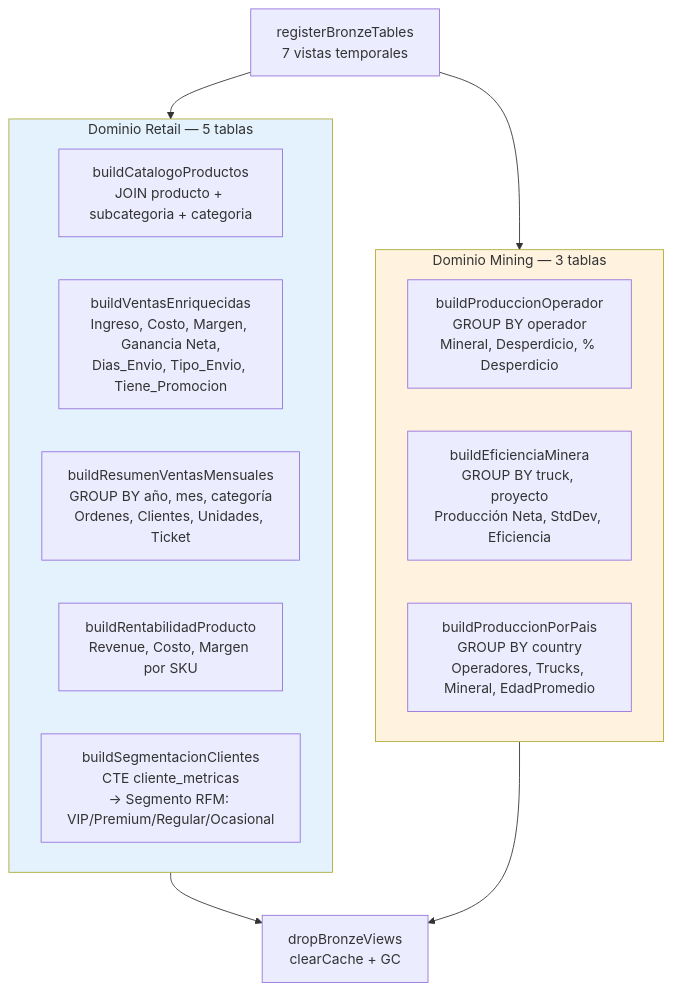
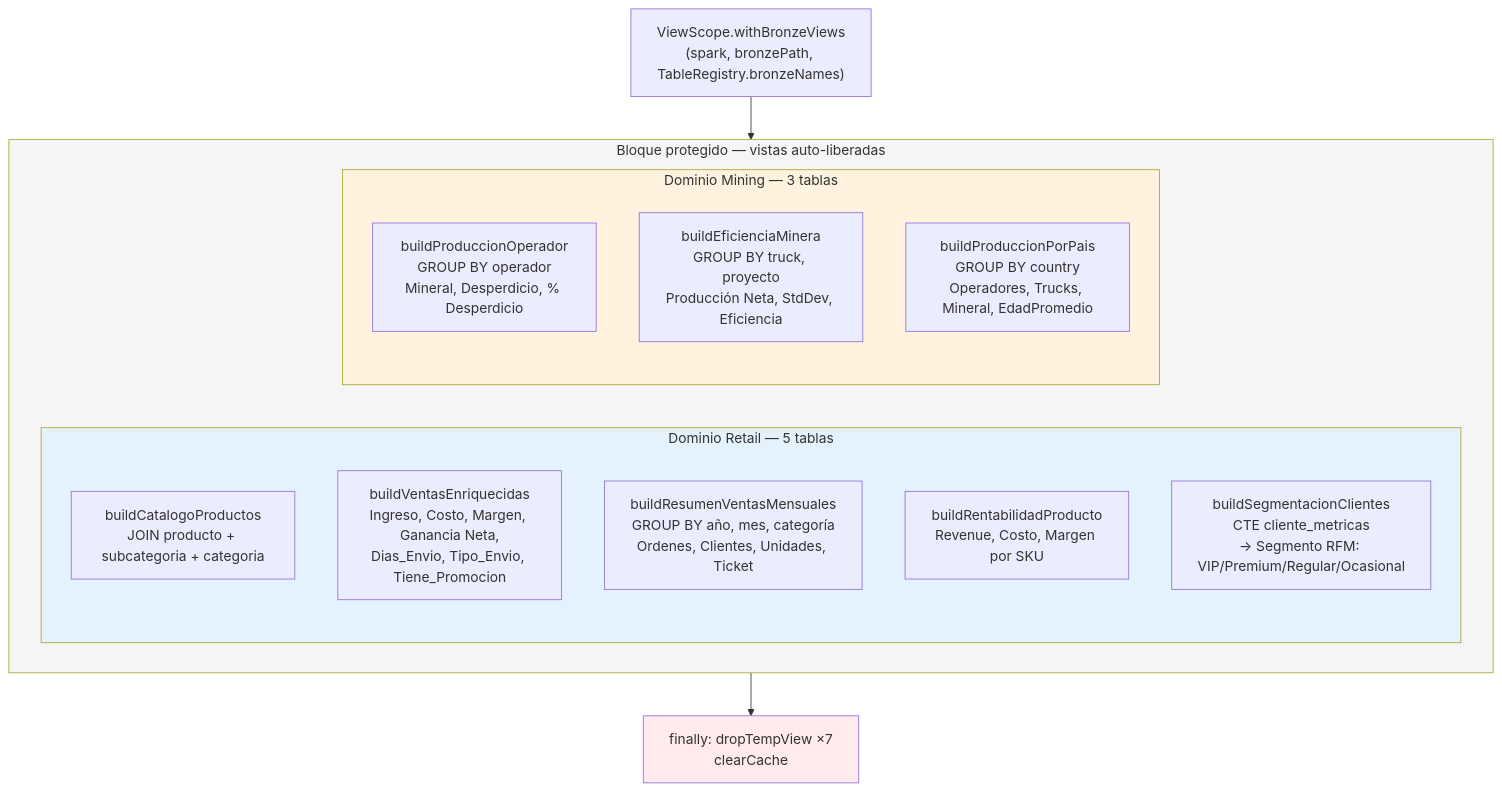
Before and after one commit to federicopfund/Fabric_Analytics_Engineer: diagram 14 of 22 in docs/README.md, drawn with Mermaid. The commit also changed other lines of this file, not shown here.

````diff
--- a/docs/README.md
+++ b/docs/README.md
@@ -558,24 +755,28 @@
 ```mermaid
 flowchart TB
-    REG["registerBronzeTables<br/>7 vistas temporales"]
+    VS["ViewScope.withBronzeViews<br/>(spark, bronzePath, TableRegistry.bronzeNames)"]
 
-    subgraph Retail["Dominio Retail — 5 tablas"]
-        CP["buildCatalogoProductos<br/>JOIN producto + subcategoria + categoria"]
-        VE["buildVentasEnriquecidas<br/>Ingreso, Costo, Margen, Ganancia Neta,<br/>Dias_Envio, Tipo_Envio, Tiene_Promocion"]
-        RVM["buildResumenVentasMensuales<br/>GROUP BY año, mes, categoría<br/>Ordenes, Clientes, Unidades, Ticket"]
-        RP["buildRentabilidadProducto<br/>Revenue, Costo, Margen por SKU"]
-        SC["buildSegmentacionClientes<br/>CTE cliente_metricas<br/>→ Segmento RFM: VIP/Premium/Regular/Ocasional"]
+    subgraph Block["Bloque protegido — vistas auto-liberadas"]
+        subgraph Retail["Dominio Retail — 5 tablas"]
+            CP["buildCatalogoProductos<br/>JOIN producto + subcategoria + categoria"]
+            VE["buildVentasEnriquecidas<br/>Ingreso, Costo, Margen, Ganancia Neta,<br/>Dias_Envio, Tipo_Envio, Tiene_Promocion"]
+            RVM["buildResumenVentasMensuales<br/>GROUP BY año, mes, categoría<br/>Ordenes, Clientes, Unidades, Ticket"]
+            RP["buildRentabilidadProducto<br/>Revenue, Costo, Margen por SKU"]
+            SC["buildSegmentacionClientes<br/>CTE cliente_metricas<br/>→ Segmento RFM: VIP/Premium/Regular/Ocasional"]
+        end
+
+        subgraph Mining["Dominio Mining — 3 tablas"]
+            PO["buildProduccionOperador<br/>GROUP BY operador<br/>Mineral, Desperdicio, % Desperdicio"]
+            EM["buildEficienciaMinera<br/>GROUP BY truck, proyecto<br/>Producción Neta, StdDev, Eficiencia"]
+            PP["buildProduccionPorPais<br/>GROUP BY country<br/>Operadores, Trucks, Mineral, EdadPromedio"]
+        end
     end
 
-    subgraph Mining["Dominio Mining — 3 tablas"]
-        PO["buildProduccionOperador<br/>GROUP BY operador<br/>Mineral, Desperdicio, % Desperdicio"]
-        EM["buildEficienciaMinera<br/>GROUP BY truck, proyecto<br/>Producción Neta, StdDev, Eficiencia"]
-        PP["buildProduccionPorPais<br/>GROUP BY country<br/>Operadores, Trucks, Mineral, EdadPromedio"]
-    end
+    VS --> Block
+    Block --> CLEANUP["finally: dropTempView ×7<br/>clearCache"]
 
-    REG --> Retail & Mining
-    Retail & Mining --> DROP["dropBronzeViews<br/>clearCache + GC"]
-
+    style Block fill:#f5f5f5
     style Retail fill:#e3f2fd
     style Mining fill:#fff3e0
+    style CLEANUP fill:#ffebee
 ```
````
